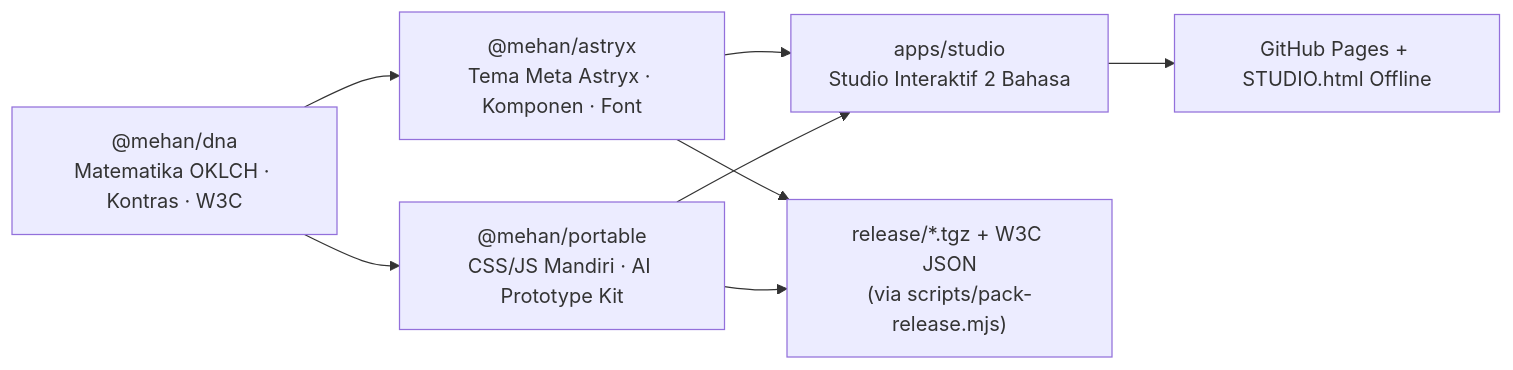
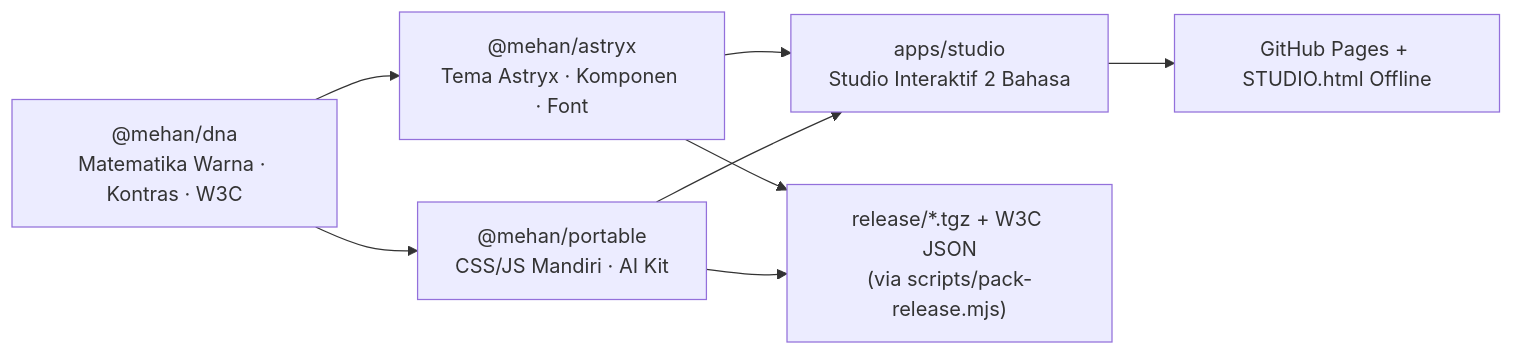
Before and after one commit to alamehan/mehan-design-system: the diagram in README.id.md, drawn with Mermaid. The commit also changed other lines of this file and 6 other files, not shown here.

````diff
--- a/README.id.md
+++ b/README.id.md
@@ -93,10 +97,10 @@
 ```mermaid
 flowchart LR
-  dna["@mehan/dna<br/>Matematika OKLCH · Kontras · W3C"] --> ast["@mehan/astryx<br/>Tema Meta Astryx · Komponen · Font"]
-  dna --> prt["@mehan/portable<br/>CSS/JS Mandiri · AI Prototype Kit"]
+  dna["@mehan/dna<br/>Matematika Warna · Kontras · W3C"] --> ast["@mehan/astryx<br/>Tema Astryx · Komponen · Font"]
+  dna --> prt["@mehan/portable<br/>CSS/JS Mandiri · AI Kit"]
   ast --> stu["apps/studio<br/>Studio Interaktif 2 Bahasa"]
   prt --> stu
   stu --> web["GitHub Pages + STUDIO.html Offline"]
   ast --> rel["release/*.tgz + W3C JSON<br/>(via scripts/pack-release.mjs)"]
   prt --> rel
 ```
````
